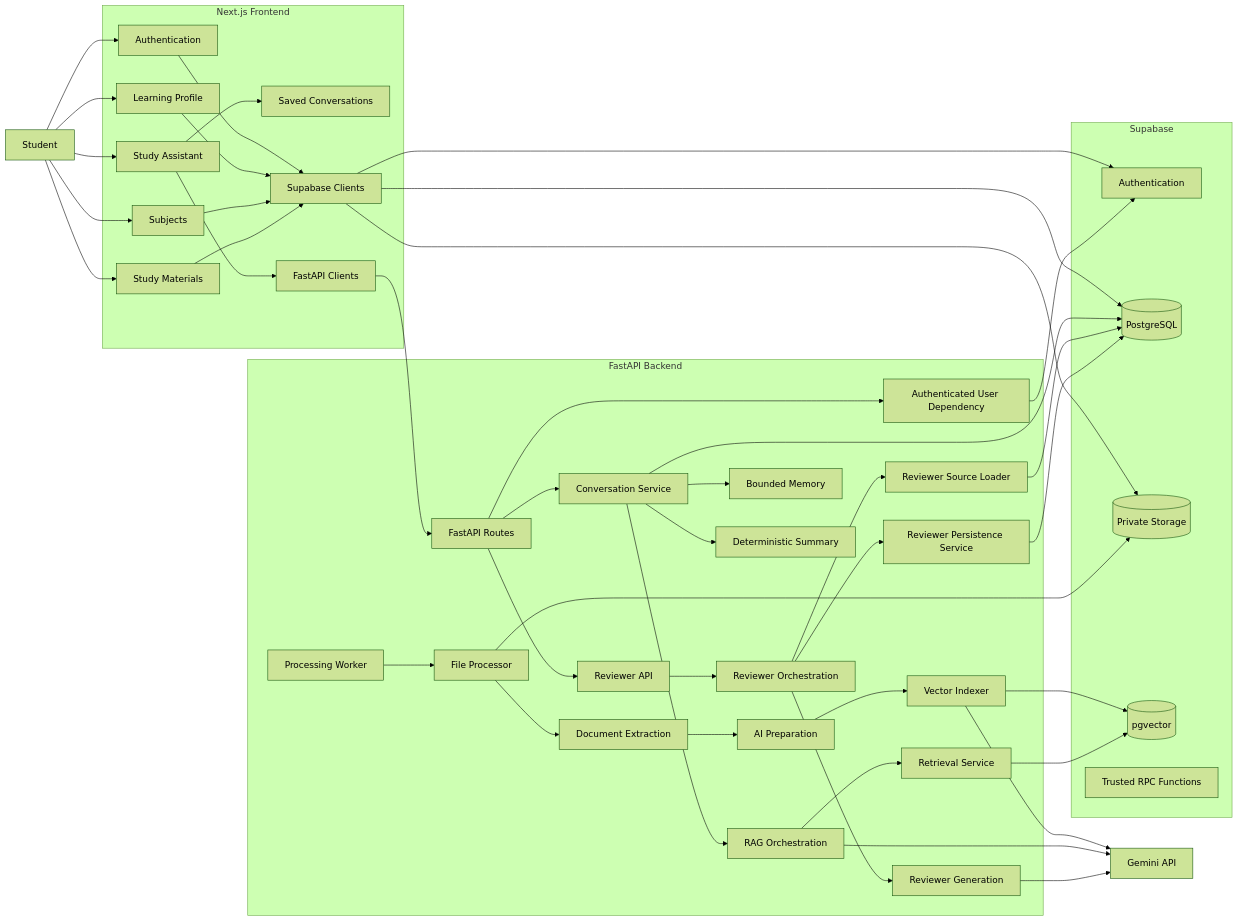
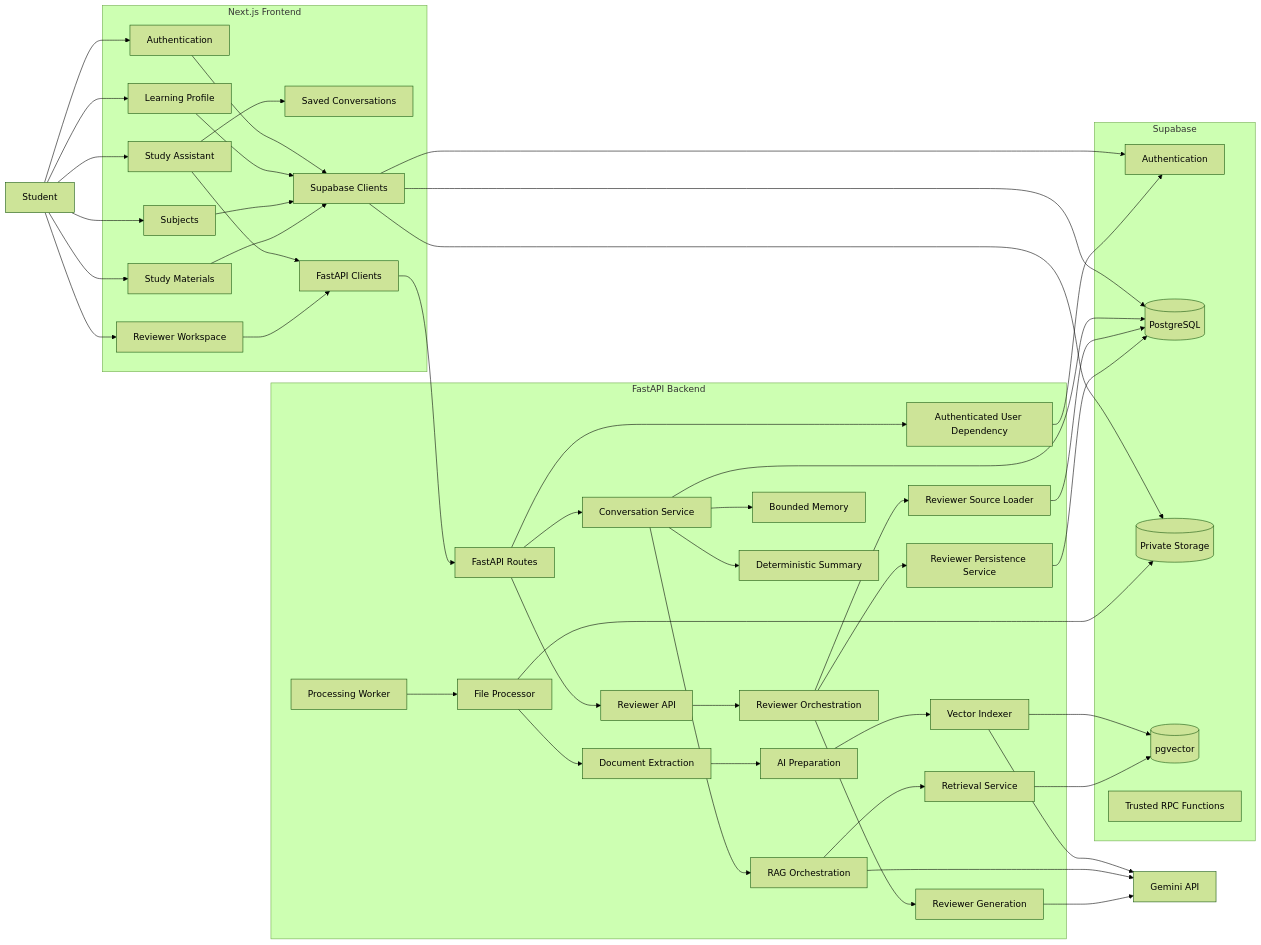
Before and after one commit to jianna-acc/stsp-capstone: the first of 15 diagrams in docs/ARCHITECTURE.md, drawn with Mermaid (forest theme). The commit also changed other lines of this file and 20 other files, not shown here.

```diff
--- a/docs/ARCHITECTURE.md
+++ b/docs/ARCHITECTURE.md
@@ -65,6 +67,7 @@
         FILE_UI["Study Materials"]
         ASSISTANT["Study Assistant"]
         HISTORY["Saved Conversations"]
+        REVIEWERS_UI["Reviewer Workspace"]
 
         SUPABASE_CLIENT["Supabase Clients"]
         API_CLIENT["FastAPI Clients"]
@@ -109,6 +112,7 @@
     STUDENT --> SUBJECT_UI
     STUDENT --> FILE_UI
     STUDENT --> ASSISTANT
+    STUDENT --> REVIEWERS_UI
 
     AUTH_UI --> SUPABASE_CLIENT
     ONBOARDING --> SUPABASE_CLIENT
@@ -121,6 +125,7 @@
 
     ASSISTANT --> HISTORY
     ASSISTANT --> API_CLIENT
+    REVIEWERS_UI --> API_CLIENT
 
     API_CLIENT --> API
     API --> AUTH_DEP
```
